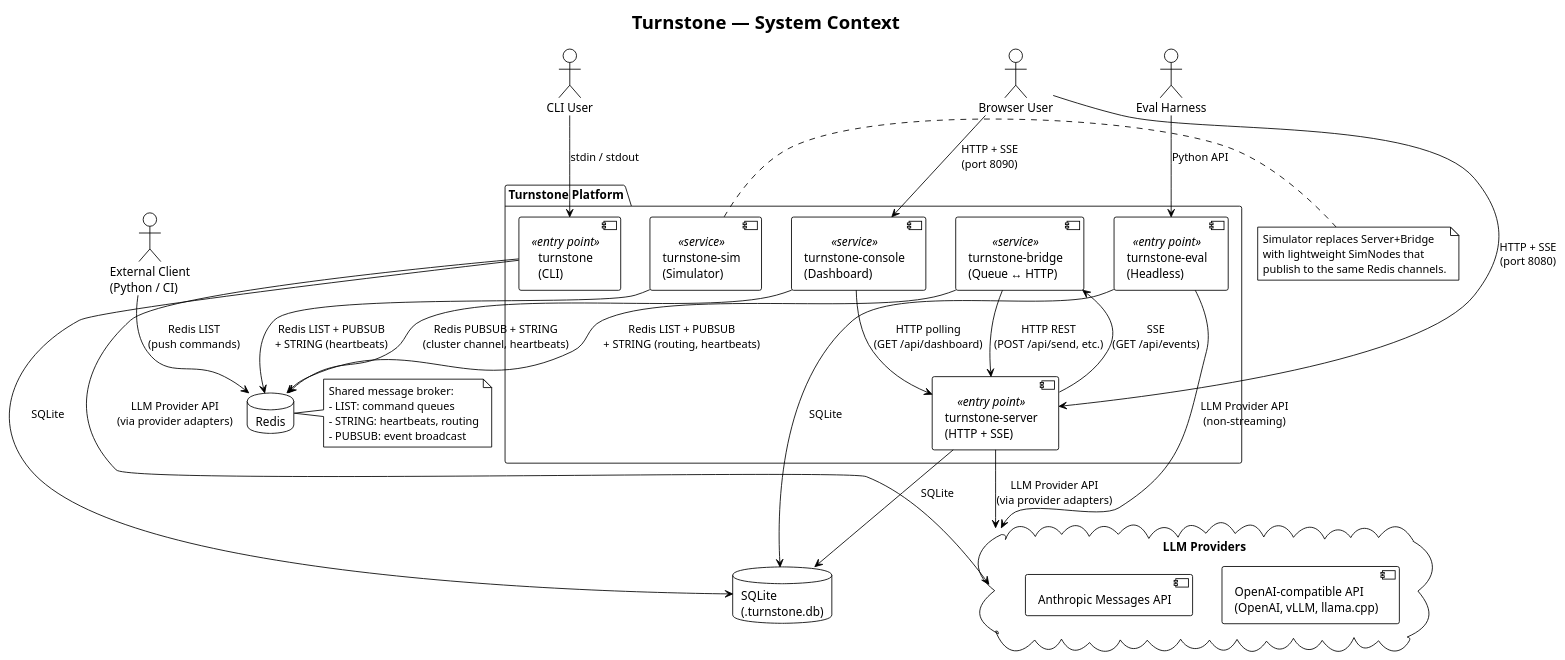
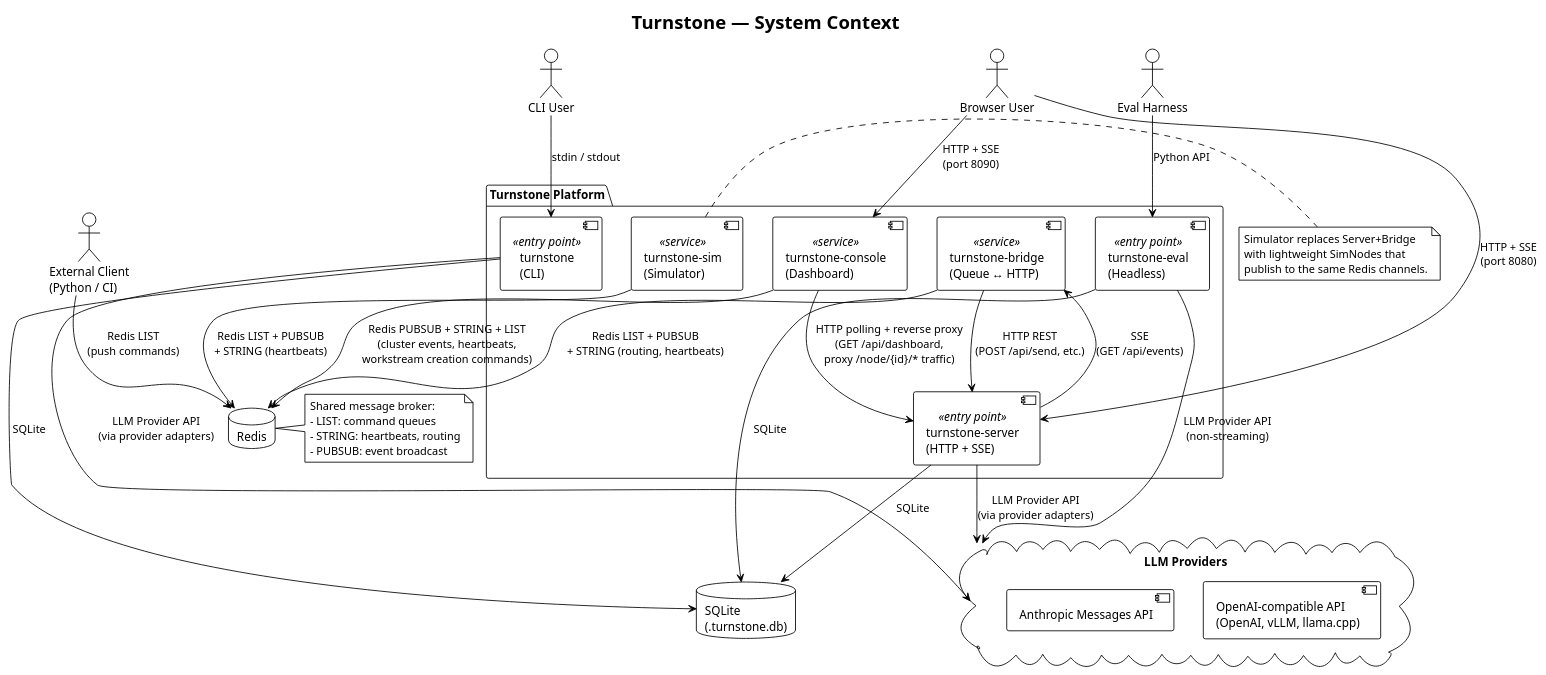
The diagram in docs/diagrams/01-system-context.puml (turnstonelabs/turnstone), drawn with PlantUML before and after one commit. The commit also changed 16 other files, not shown here.

First line of the commit message:
Add console workstream creation + server reverse proxy (#14)

```diff
--- a/docs/diagrams/01-system-context.puml
+++ b/docs/diagrams/01-system-context.puml
@@ -1,68 +1,68 @@
 @startuml
 !theme plain
 title Turnstone — System Context
 
 ' Actors/Users
 actor "CLI User" as cli_user
 actor "Browser User" as browser_user
 actor "External Client\n(Python / CI)" as ext_client
 actor "Eval Harness" as eval_user
 
 ' External Systems
 cloud "LLM Providers" as llm {
     component [OpenAI-compatible API\n(OpenAI, vLLM, llama.cpp)] as llm_openai
     component [Anthropic Messages API] as llm_anthropic
 }
 database "Redis" as redis
 database "SQLite\n(.turnstone.db)" as sqlite
 
 ' Turnstone System Boundary
 package "Turnstone Platform" {
     component [turnstone\n(CLI)] as cli <<entry point>>
     component [turnstone-server\n(HTTP + SSE)] as server <<entry point>>
     component [turnstone-bridge\n(Queue ↔ HTTP)] as bridge <<service>>
     component [turnstone-console\n(Dashboard)] as console <<service>>
     component [turnstone-eval\n(Headless)] as eval <<entry point>>
     component [turnstone-sim\n(Simulator)] as sim <<service>>
 }
 
 ' User connections
 cli_user --> cli : stdin / stdout
 browser_user --> server : HTTP + SSE\n(port 8080)
 browser_user --> console : HTTP + SSE\n(port 8090)
 ext_client --> redis : Redis LIST\n(push commands)
 eval_user --> eval : Python API
 
 ' Internal connections
 cli --> llm : LLM Provider API\n(via provider adapters)
 cli --> sqlite : SQLite
 
 server --> llm : LLM Provider API\n(via provider adapters)
 server --> sqlite : SQLite
 
 eval --> llm : LLM Provider API\n(non-streaming)
 eval --> sqlite : SQLite
 
 bridge --> server : HTTP REST\n(POST /api/send, etc.)
 bridge <-- server : SSE\n(GET /api/events)
 bridge --> redis : Redis LIST + PUBSUB\n+ STRING (routing, heartbeats)
 
-console --> redis : Redis PUBSUB + STRING\n(cluster channel, heartbeats)
-console --> server : HTTP polling\n(GET /api/dashboard)
+console --> redis : Redis PUBSUB + STRING + LIST\n(cluster events, heartbeats,\nworkstream creation commands)
+console --> server : HTTP polling + reverse proxy\n(GET /api/dashboard,\nproxy /node/{id}/* traffic)
 
 sim --> redis : Redis LIST + PUBSUB\n+ STRING (heartbeats)
 
 ' Notes
 note right of sim
   Simulator replaces Server+Bridge
   with lightweight SimNodes that
   publish to the same Redis channels.
 end note
 
 note right of redis
   Shared message broker:
   - LIST: command queues
   - STRING: heartbeats, routing
   - PUBSUB: event broadcast
 end note
 @enduml
```
